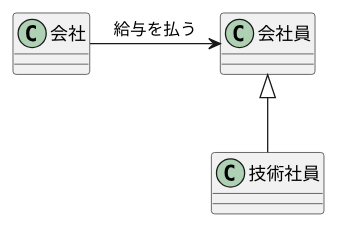
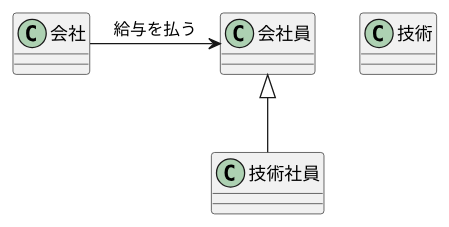
One commit to KFuji2022/asciidoc_test changed the first of 2 diagrams in 090_sandbox/authoring/README.adoc. Above: the diagram before and after it, drawn with PlantUML.

```diff
--- a/090_sandbox/authoring/README.adoc
+++ b/090_sandbox/authoring/README.adoc
@@ -90,8 +90,8 @@
 [plantuml, "test1", format=png]
 ....
-class 会社員
-class 技術社員
+class 会社
+class 技術
 class 会社
 会社員 <|-- 技術社員
 会社 -> 会社員 : 給与を払う
 ....
```
